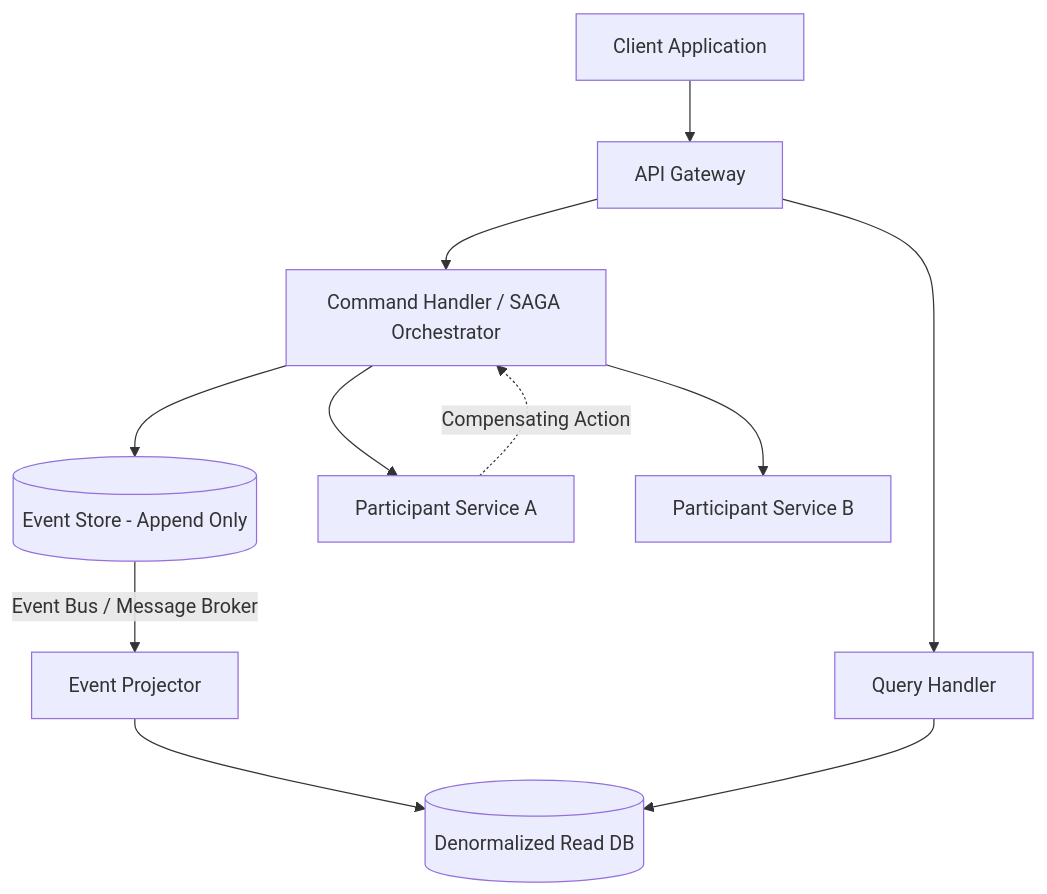
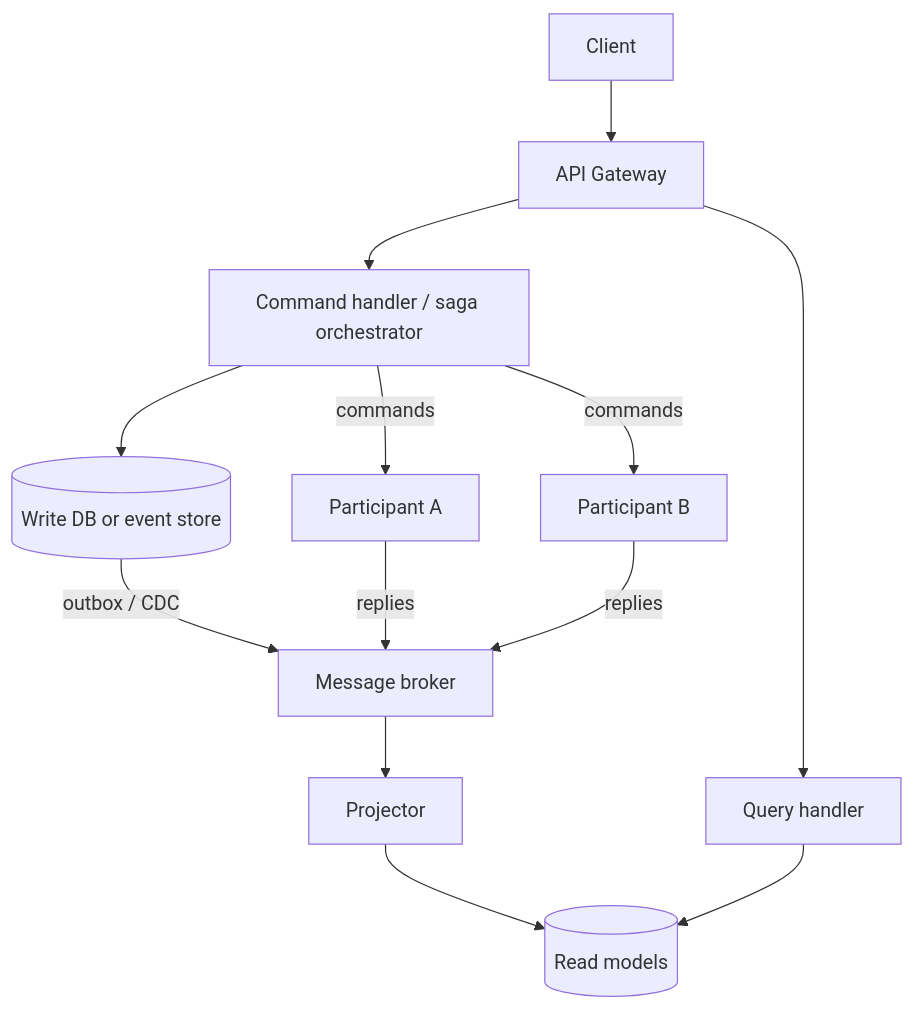
One commit to j4flmao/agent-skills changed the diagram in skills/backend/universal/design-patterns/microservices/SKILL.md. Above: the diagram before and after it, drawn with Mermaid. The commit also changed other lines of this file and 1218 other files, not shown here.

````diff
--- a/skills/backend/universal/design-patterns/microservices/SKILL.md
+++ b/skills/backend/universal/design-patterns/microservices/SKILL.md
@@ -42,20 +131,15 @@
 ```mermaid
-%%{init: {"theme": "default", "flowchart": {"useMaxWidth": true}}}%%
 flowchart TD
-    Client[Client Application] --> API[API Gateway]
-    
-    API --> CMD[Command Handler / SAGA Orchestrator]
-    API --> QRY[Query Handler]
-    
-    CMD --> ES[(Event Store - Append Only)]
-    
-    ES -->|Event Bus / Message Broker| Proj[Event Projector]
-    
-    Proj --> ReadDB[(Denormalized Read DB)]
-    QRY --> ReadDB
-    
-    CMD --> ServiceA[Participant Service A]
-    CMD --> ServiceB[Participant Service B]
-    
-    ServiceA -.->|Compensating Action| CMD
+    Client --> API[API Gateway]
+    API --> CMD[Command handler / saga orchestrator]
+    API --> QRY[Query handler]
+    CMD --> WDB[(Write DB or event store)]
+    WDB -->|outbox / CDC| BUS[Message broker]
+    BUS --> PROJ[Projector]
+    PROJ --> RDB[(Read models)]
+    QRY --> RDB
+    CMD -->|commands| SA[Participant A]
+    CMD -->|commands| SB[Participant B]
+    SA -->|replies| BUS
+    SB -->|replies| BUS
 ```
````
